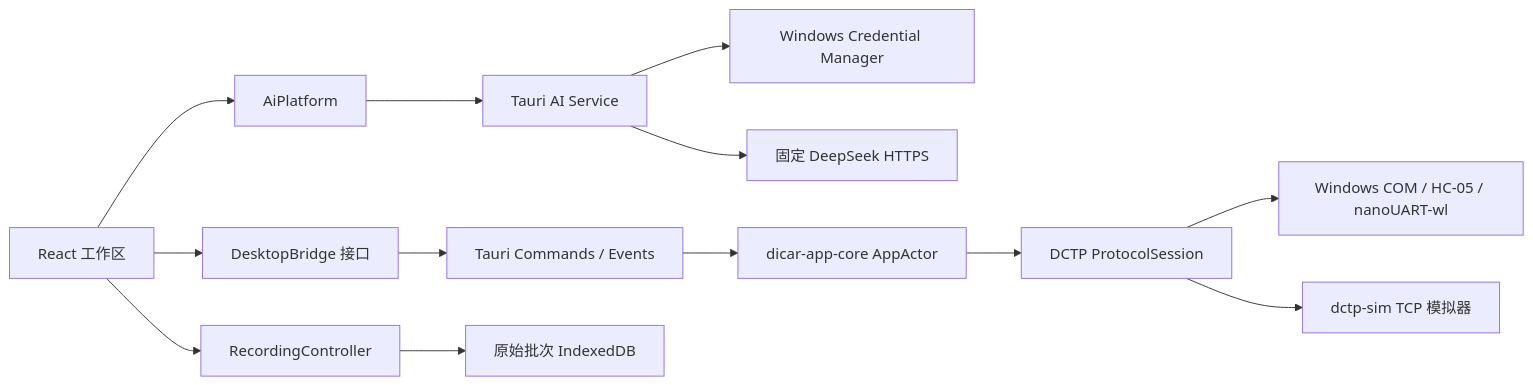
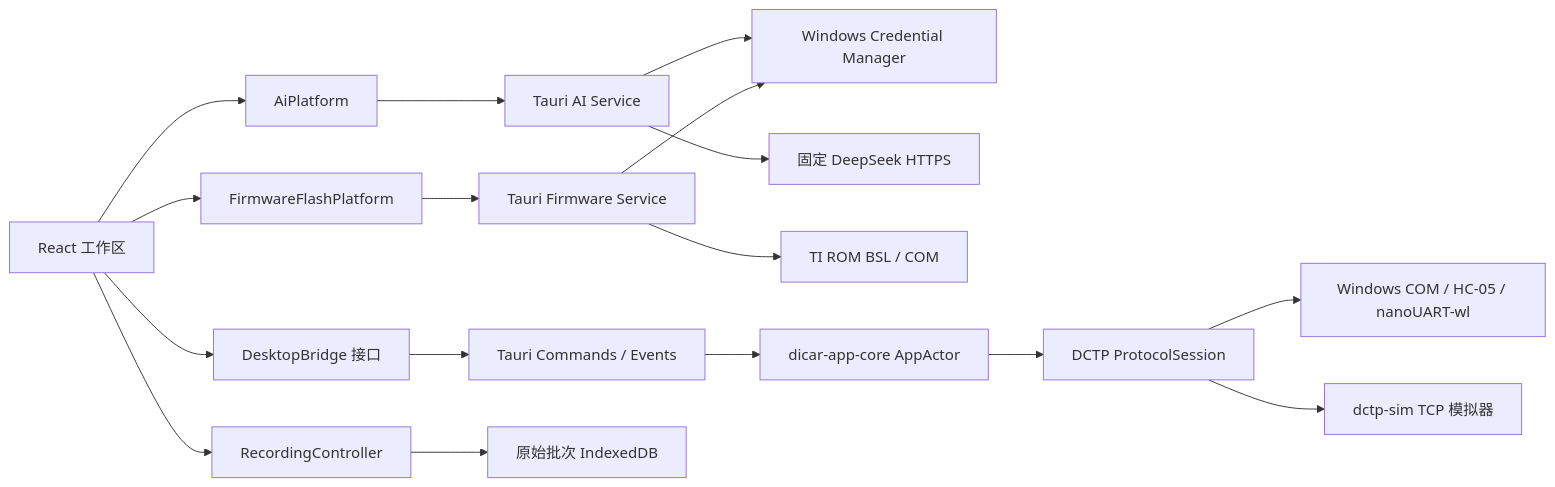
The diagram in docs/development.md (zhaoxc857/DiCar-LAB), drawn with Mermaid before and after one commit. The commit also changed other lines of this file and 74 other files, not shown here.

````diff
--- a/docs/development.md
+++ b/docs/development.md
@@ -9,15 +9,19 @@
 ```mermaid
 flowchart LR
     UI["React 工作区"] --> Bridge["DesktopBridge 接口"]
     UI --> AiPlatform["AiPlatform"]
+    UI --> FirmwarePlatform["FirmwareFlashPlatform"]
     UI --> Recorder["RecordingController"]
     Bridge --> Tauri["Tauri Commands / Events"]
     AiPlatform --> AiService["Tauri AI Service"]
     AiService --> Credential["Windows Credential Manager"]
     AiService --> DeepSeek["固定 DeepSeek HTTPS"]
+    FirmwarePlatform --> FirmwareService["Tauri Firmware Service"]
+    FirmwareService --> Credential
+    FirmwareService --> RomBsl["TI ROM BSL / COM"]
     Recorder --> IndexedDB["原始批次 IndexedDB"]
     Tauri --> Actor["dicar-app-core AppActor"]
     Actor --> Session["DCTP ProtocolSession"]
     Session --> Serial["Windows COM / HC-05 / nanoUART-wl"]
     Session --> Sim["dctp-sim TCP 模拟器"]
 ```
````
